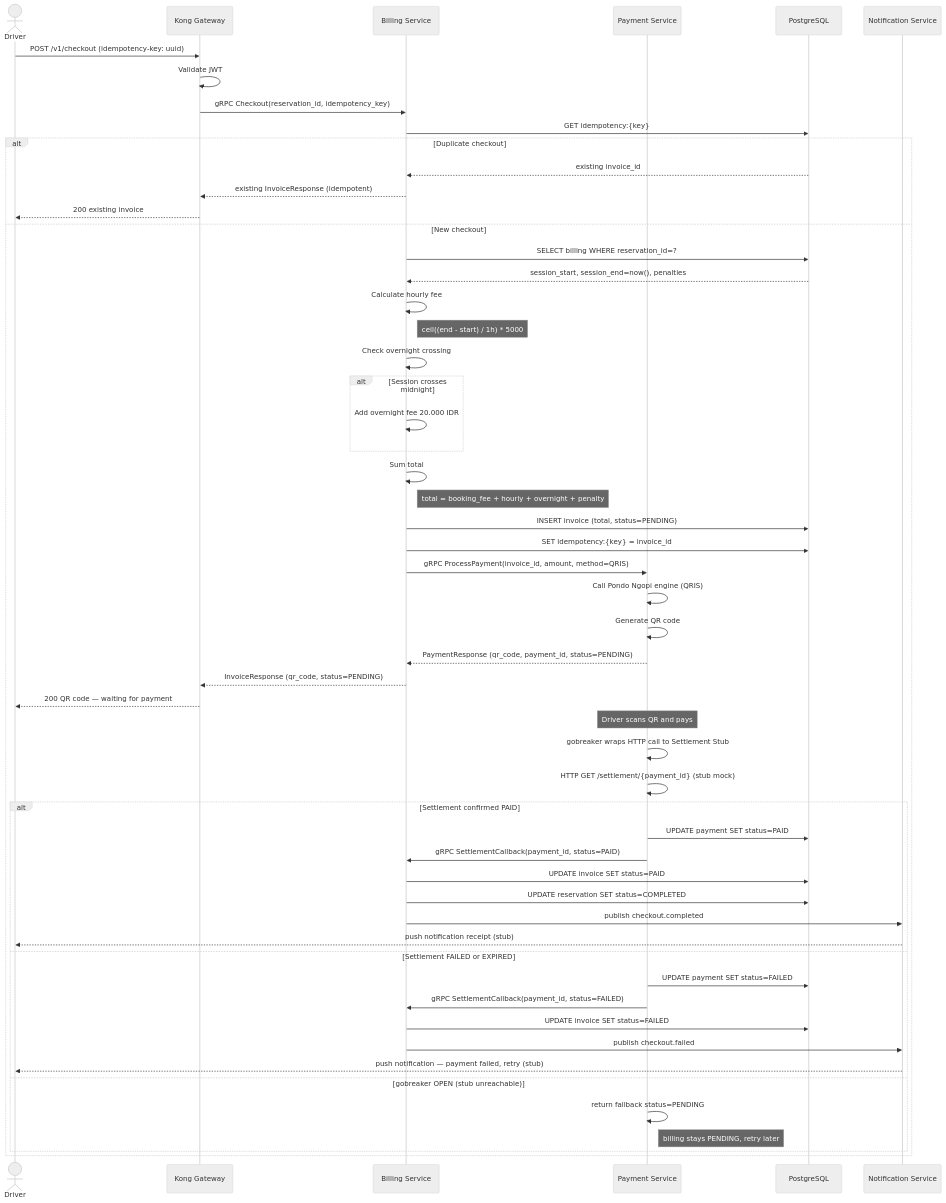
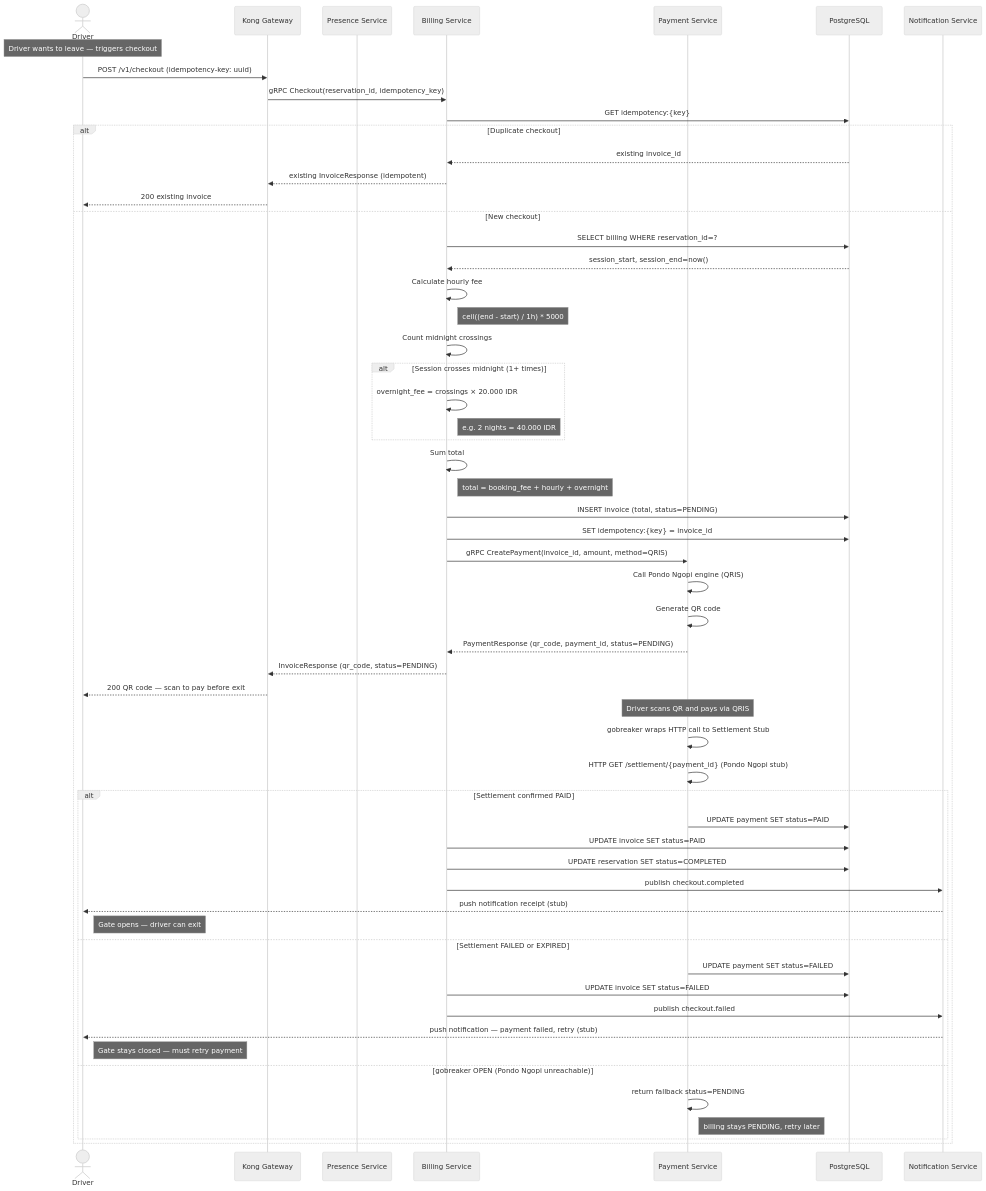
Diagram 16 of 23 in README.md (ParkirPintar/parkir-pintar-backend), drawn with Mermaid (neutral theme) before and after one commit. The commit also changed other lines of this file and 42 other files, not shown here.

````diff
--- a/README.md
+++ b/README.md
@@ -1143,66 +1119,68 @@
 ```mermaid
 sequenceDiagram
     actor Driver
     participant Kong as Kong Gateway
+    participant Presence as Presence Service
     participant Billing as Billing Service
     participant Payment as Payment Service
     participant DB as PostgreSQL
     participant Notif as Notification Service
 
+    note over Driver: Driver wants to leave — triggers checkout
     Driver->>Kong: POST /v1/checkout (idempotency-key: uuid)
-    Kong->>Kong: Validate JWT
     Kong->>Billing: gRPC Checkout(reservation_id, idempotency_key)
 
     Billing->>DB: GET idempotency:{key}
     alt Duplicate checkout
         DB-->>Billing: existing invoice_id
         Billing-->>Kong: existing InvoiceResponse (idempotent)
         Kong-->>Driver: 200 existing invoice
     else New checkout
         Billing->>DB: SELECT billing WHERE reservation_id=?
-        DB-->>Billing: session_start, session_end=now(), penalties
+        DB-->>Billing: session_start, session_end=now()
 
         Billing->>Billing: Calculate hourly fee
         note right of Billing: ceil((end - start) / 1h) * 5000
 
-        Billing->>Billing: Check overnight crossing
-        alt Session crosses midnight
-            Billing->>Billing: Add overnight fee 20.000 IDR
+        Billing->>Billing: Count midnight crossings
+        alt Session crosses midnight (1+ times)
+            Billing->>Billing: overnight_fee = crossings × 20.000 IDR
+            note right of Billing: e.g. 2 nights = 40.000 IDR
         end
 
         Billing->>Billing: Sum total
-        note right of Billing: total = booking_fee + hourly + overnight + penalty
+        note right of Billing: total = booking_fee + hourly + overnight
 
         Billing->>DB: INSERT invoice (total, status=PENDING)
         Billing->>DB: SET idempotency:{key} = invoice_id
 
-        Billing->>Payment: gRPC ProcessPayment(invoice_id, amount, method=QRIS)
+        Billing->>Payment: gRPC CreatePayment(invoice_id, amount, method=QRIS)
         Payment->>Payment: Call Pondo Ngopi engine (QRIS)
         Payment->>Payment: Generate QR code
         Payment-->>Billing: PaymentResponse (qr_code, payment_id, status=PENDING)
         Billing-->>Kong: InvoiceResponse (qr_code, status=PENDING)
-        Kong-->>Driver: 200 QR code — waiting for payment
+        Kong-->>Driver: 200 QR code — scan to pay before exit
 
-        note over Payment: Driver scans QR and pays
+        note over Payment: Driver scans QR and pays via QRIS
 
         Payment->>Payment: gobreaker wraps HTTP call to Settlement Stub
-        Payment->>Payment: HTTP GET /settlement/{payment_id} (stub mock)
+        Payment->>Payment: HTTP GET /settlement/{payment_id} (Pondo Ngopi stub)
         alt Settlement confirmed PAID
             Payment->>DB: UPDATE payment SET status=PAID
-            Payment->>Billing: gRPC SettlementCallback(payment_id, status=PAID)
             Billing->>DB: UPDATE invoice SET status=PAID
             Billing->>DB: UPDATE reservation SET status=COMPLETED
             Billing->>Notif: publish checkout.completed
             Notif-->>Driver: push notification receipt (stub)
+            note right of Driver: Gate opens — driver can exit
         else Settlement FAILED or EXPIRED
             Payment->>DB: UPDATE payment SET status=FAILED
-            Payment->>Billing: gRPC SettlementCallback(payment_id, status=FAILED)
             Billing->>DB: UPDATE invoice SET status=FAILED
             Billing->>Notif: publish checkout.failed
             Notif-->>Driver: push notification — payment failed, retry (stub)
-        else gobreaker OPEN (stub unreachable)
+            note right of Driver: Gate stays closed — must retry payment
+        else gobreaker OPEN (Pondo Ngopi unreachable)
             Payment->>Payment: return fallback status=PENDING
             note right of Payment: billing stays PENDING, retry later
         end
     end
 ```
````
